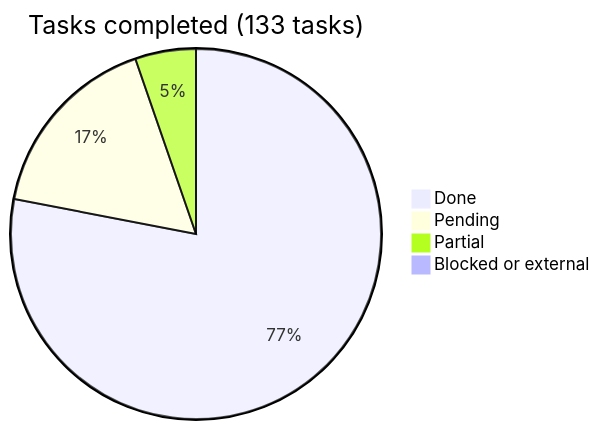
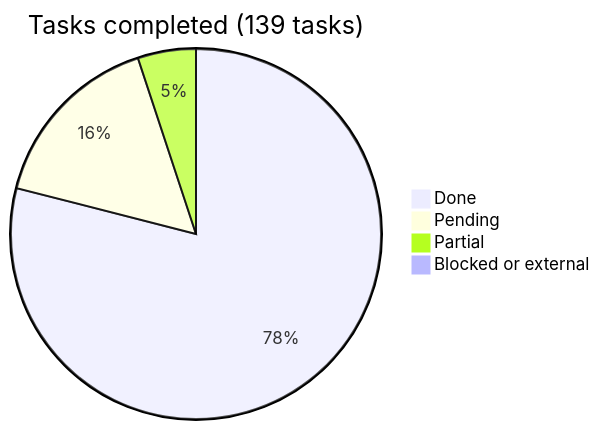
One commit to araguaney-lat/araguaney-app changed the diagram in docs/roadmap/README.md. Above: the diagram before and after it, drawn with Mermaid. The commit also changed other lines of this file and 12 other files, not shown here.

````diff
--- a/docs/roadmap/README.md
+++ b/docs/roadmap/README.md
@@ -16,7 +16,7 @@
 ```mermaid
-pie title Tasks completed (133 tasks)
-    "Done" : 103
+pie title Tasks completed (139 tasks)
+    "Done" : 109
     "Pending" : 22
     "Partial" : 7
     "Blocked or external" : 1
 ```
````
